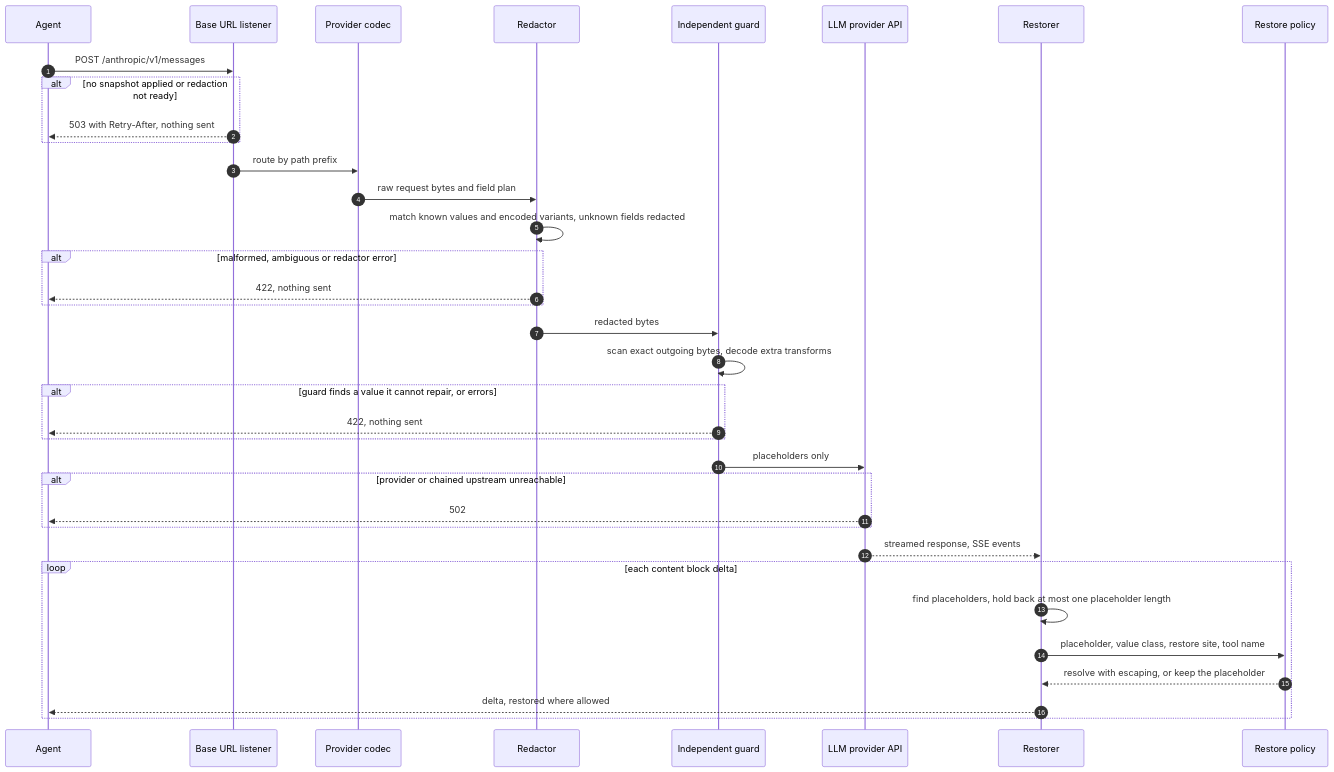
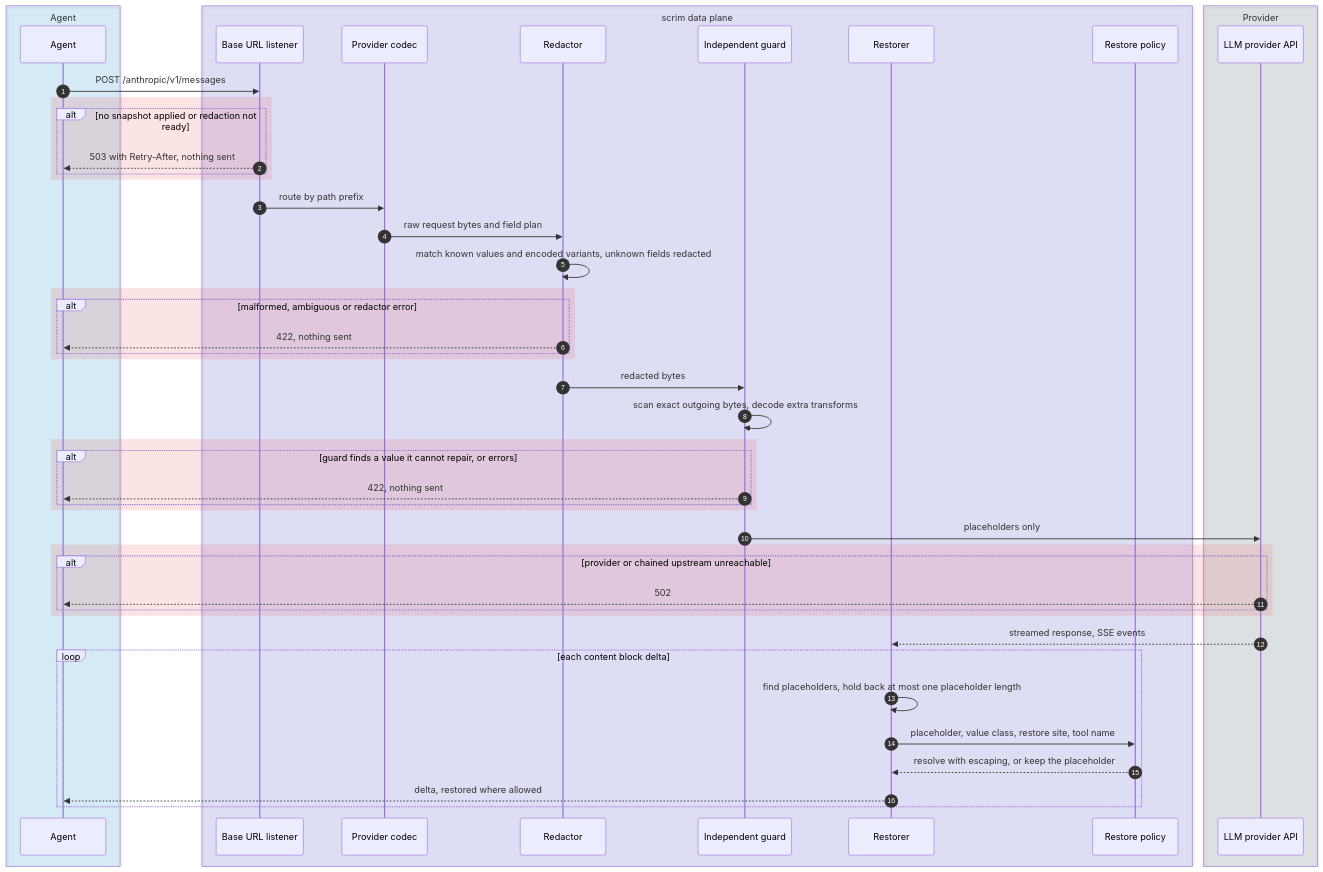
Before and after one commit to Heliopsy/scrim: the third of 8 diagrams in docs/architecture.md, drawn with Mermaid. The commit also changed other lines of this file and 6 other files, not shown here.

Commit message:
docs: new scrim logo and colour-coded mermaid diagrams

````diff
--- a/docs/architecture.md
+++ b/docs/architecture.md
@@ -150,39 +185,53 @@
 ```mermaid
 sequenceDiagram
   autonumber
+  box rgba(14,165,233,0.14) Agent
   participant A as Agent
+  end
+  box rgba(99,102,241,0.16) scrim data plane
   participant L as Base URL listener
   participant C as Provider codec
   participant R as Redactor
   participant G as Independent guard
-  participant P as LLM provider API
   participant S as Restorer
   participant T as Restore policy
+  end
+  box rgba(100,116,139,0.16) Provider
+  participant P as LLM provider API
+  end
 
   A->>L: POST /anthropic/v1/messages
-  alt no snapshot applied or redaction not ready
-    L-->>A: 503 with Retry-After, nothing sent
+  rect rgba(239,68,68,0.14)
+    alt no snapshot applied or redaction not ready
+      L-->>A: 503 with Retry-After, nothing sent
+    end
   end
   L->>C: route by path prefix
   C->>R: raw request bytes and field plan
   R->>R: match known values and encoded variants, unknown fields redacted
-  alt malformed, ambiguous or redactor error
-    R-->>A: 422, nothing sent
+  rect rgba(239,68,68,0.14)
+    alt malformed, ambiguous or redactor error
+      R-->>A: 422, nothing sent
+    end
   end
   R->>G: redacted bytes
   G->>G: scan exact outgoing bytes, decode extra transforms
-  alt guard finds a value it cannot repair, or errors
-    G-->>A: 422, nothing sent
+  rect rgba(239,68,68,0.14)
+    alt guard finds a value it cannot repair, or errors
+      G-->>A: 422, nothing sent
+    end
   end
   G->>P: placeholders only
-  alt provider or chained upstream unreachable
-    P-->>A: 502
+  rect rgba(239,68,68,0.14)
+    alt provider or chained upstream unreachable
+      P-->>A: 502
+    end
   end
   P-->>S: streamed response, SSE events
   loop each content block delta
     S->>S: find placeholders, hold back at most one placeholder length
     S->>T: placeholder, value class, restore site, tool name
     T-->>S: resolve with escaping, or keep the placeholder
     S-->>A: delta, restored where allowed
   end
 ```
````
